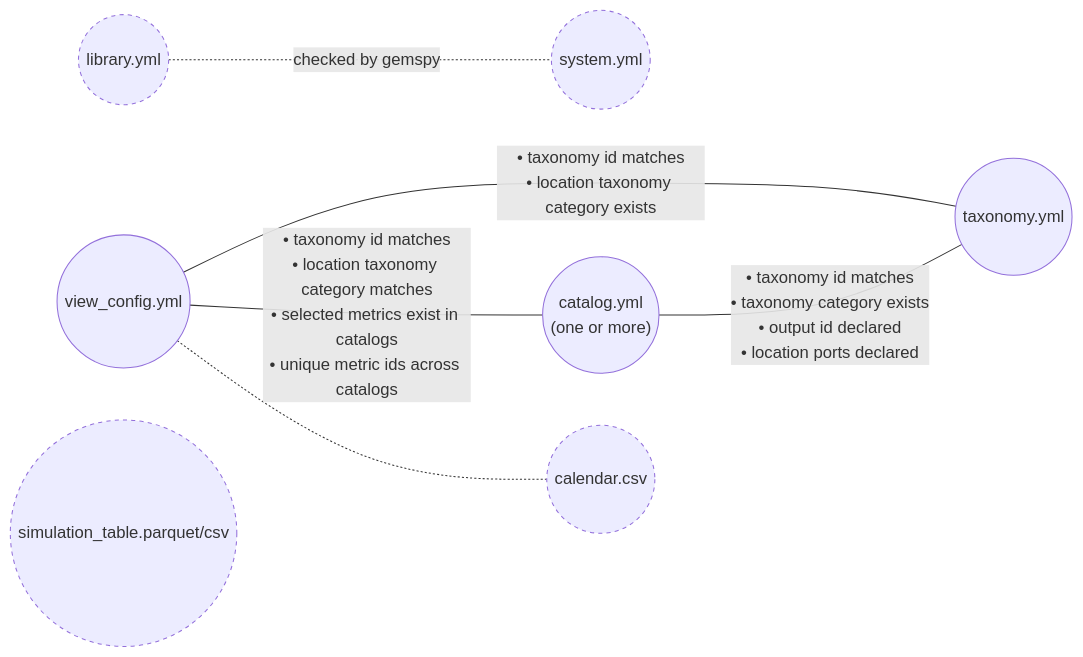
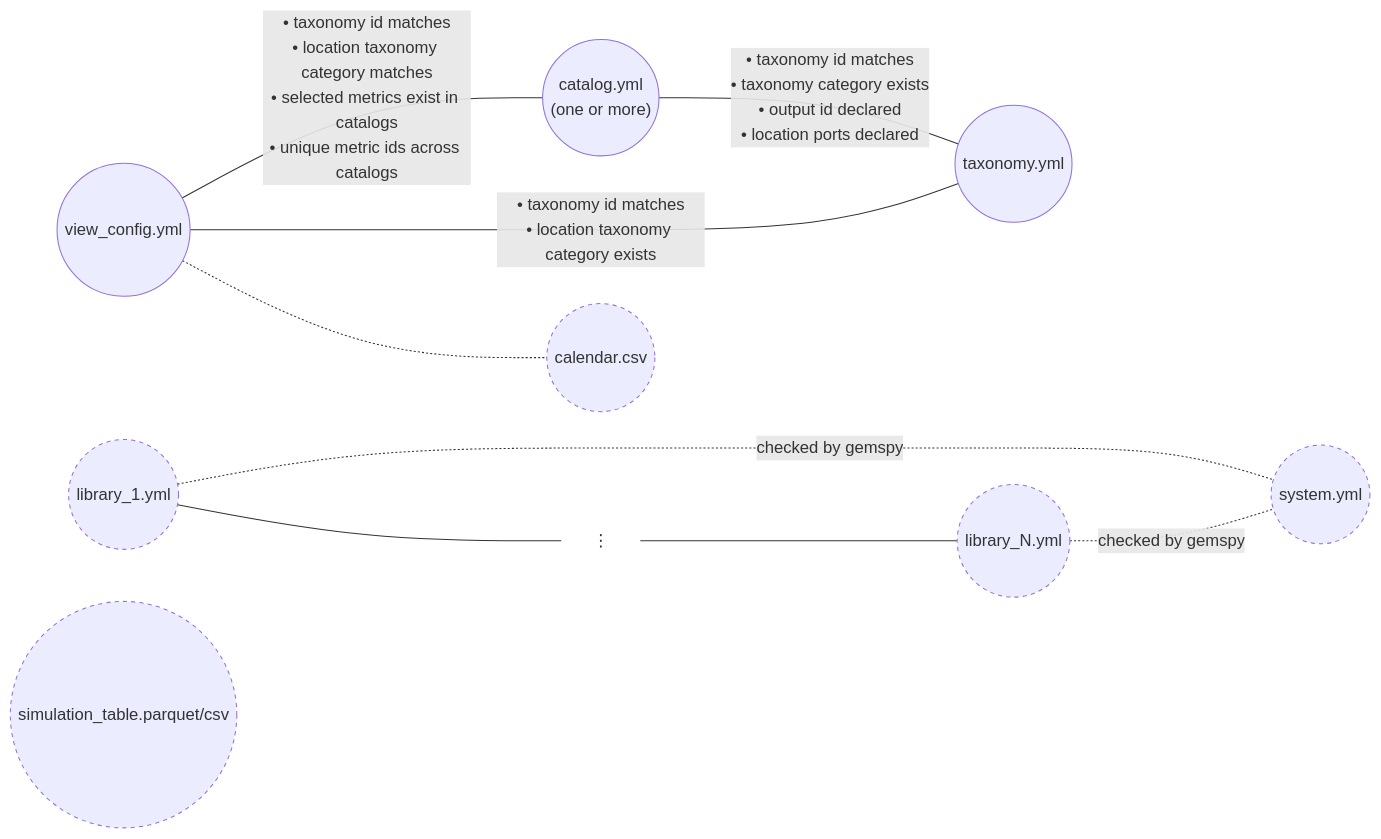
Before and after one commit to AntaresSimulatorTeam/GEMS-ViewsBuilder: the diagram in docs/input_validation_diagram.md, drawn with Mermaid.

Commit message:
refactor(docs): update input validation diagram to reflect multiple library structure
- Modified the input validation diagram to represent the new structure for handling multiple library YAML files.
- Introduced nodes for library_1, library_dots, and library_n to clarify the relationships and validation checks within the system.
- Enhanced visual representation of the validation process for better understanding of input dependencies.

````diff
--- a/docs/input_validation_diagram.md
+++ b/docs/input_validation_diagram.md
@@ -6,20 +6,26 @@
 ```mermaid
 graph LR
     catalog(("catalog.yml<br/>(one or more)"))
     taxonomy(("taxonomy.yml"))
     view_config(("view_config.yml"))
-    library(("library.yml"))
+    library_1(("library_1.yml"))
+    library_dots["⋮"]
+    library_n(("library_N.yml"))
     system(("system.yml"))
     simulation_table(("simulation_table.parquet/csv"))
     calendar(("calendar.csv"))
 
     catalog -- "• taxonomy id matches<br/>• taxonomy category exists<br/>• output id declared<br/>• location ports declared" --- taxonomy
     view_config -- "• taxonomy id matches<br/>• location taxonomy category exists" --- taxonomy
     view_config -- "• taxonomy id matches<br/>• location taxonomy category matches<br/>• selected metrics exist in catalogs<br/>• unique metric ids across catalogs" --- catalog
 
-    library -. "checked by gemspy" .- system
+    library_1 --- library_dots --- library_n
+    library_1 -. "checked by gemspy" .- system
+    library_n -. "checked by gemspy" .- system
     view_config -.- calendar
 
     classDef unvalidated stroke-dasharray: 4 4;
-    class library,system,simulation_table,calendar unvalidated;
+    classDef plain stroke: none, fill: none;
+    class library_1,library_n,system,simulation_table,calendar unvalidated;
+    class library_dots plain;
 ```
````
